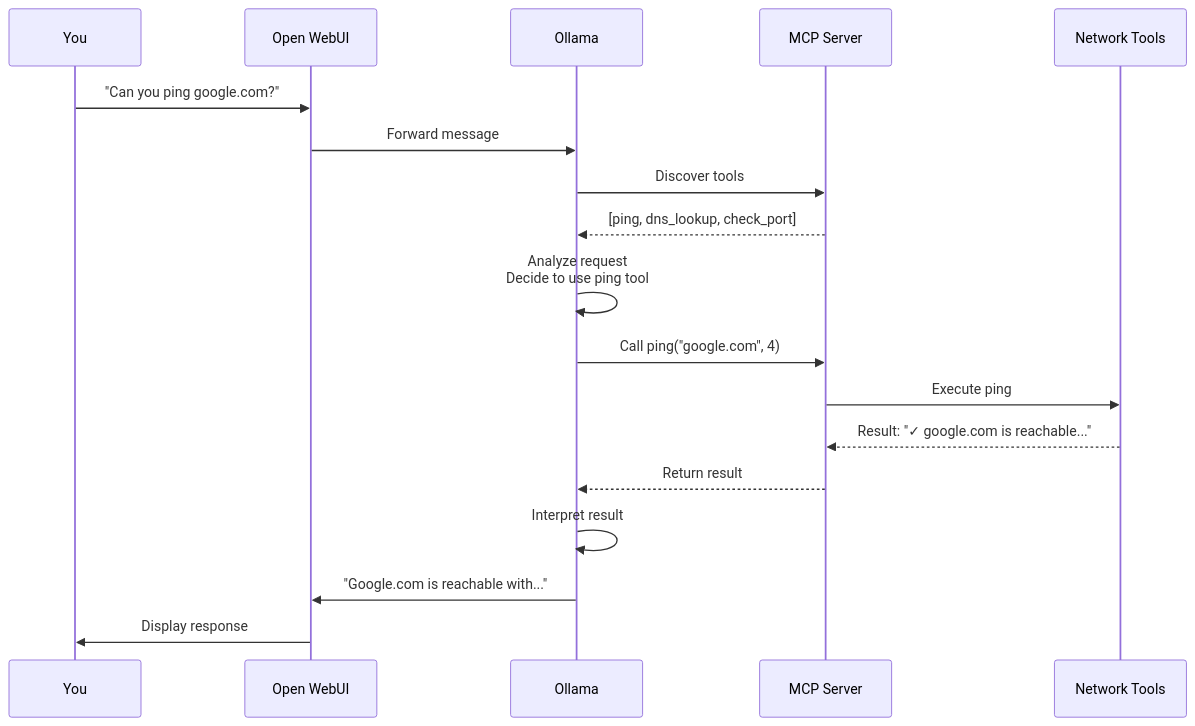
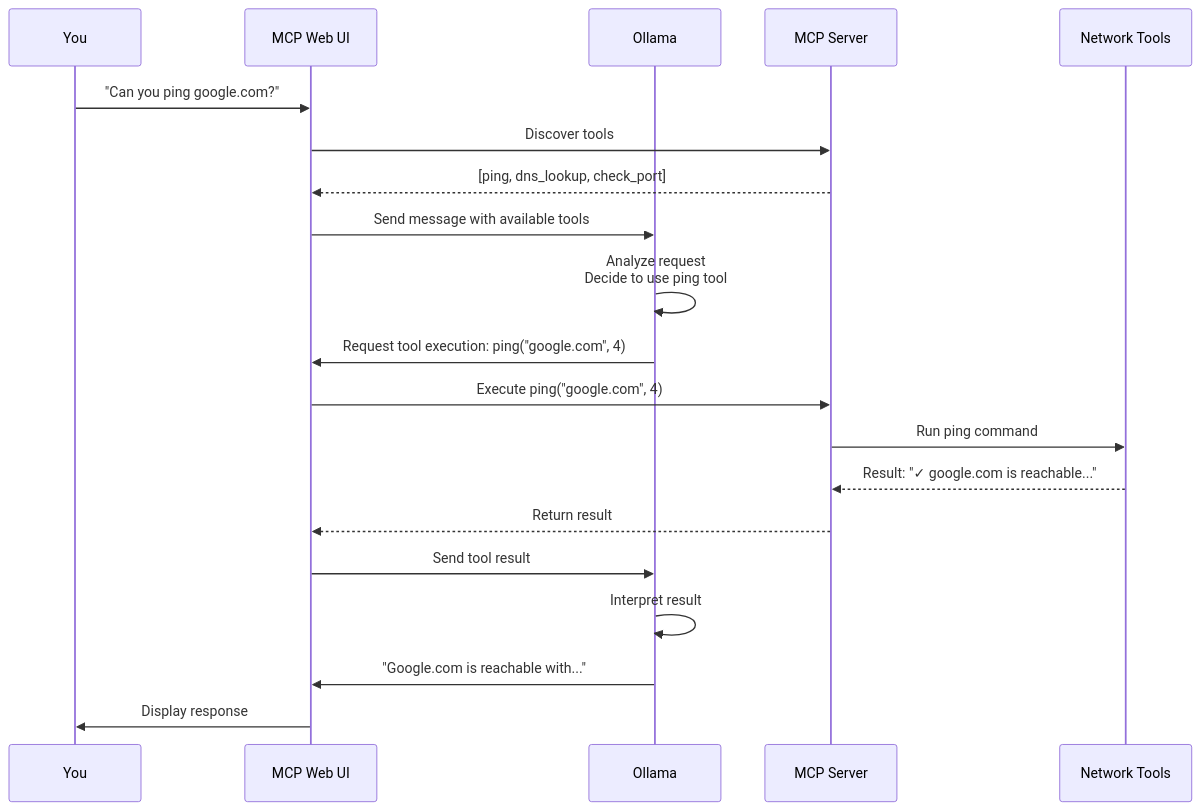
The fifth of 5 diagrams in mcp/README.md (seanerama/learning-labs), drawn with Mermaid before and after one commit. The commit also changed other lines of this file, not shown here.

First line of the commit message:
Replace Open WebUI with MCP Web UI for native MCP support

````diff
--- a/mcp/README.md
+++ b/mcp/README.md
@@ -793,21 +817,23 @@
 ```mermaid
 sequenceDiagram
     participant You
-    participant WebUI as Open WebUI
+    participant WebUI as MCP Web UI
     participant Ollama
     participant MCP as MCP Server
     participant Tools as Network Tools
 
     You->>WebUI: "Can you ping google.com?"
-    WebUI->>Ollama: Forward message
-    Ollama->>MCP: Discover tools
-    MCP-->>Ollama: [ping, dns_lookup, check_port]
+    WebUI->>MCP: Discover tools
+    MCP-->>WebUI: [ping, dns_lookup, check_port]
+    WebUI->>Ollama: Send message with available tools
     Ollama->>Ollama: Analyze request<br/>Decide to use ping tool
-    Ollama->>MCP: Call ping("google.com", 4)
-    MCP->>Tools: Execute ping
+    Ollama->>WebUI: Request tool execution: ping("google.com", 4)
+    WebUI->>MCP: Execute ping("google.com", 4)
+    MCP->>Tools: Run ping command
     Tools-->>MCP: Result: "✓ google.com is reachable..."
-    MCP-->>Ollama: Return result
+    MCP-->>WebUI: Return result
+    WebUI->>Ollama: Send tool result
     Ollama->>Ollama: Interpret result
     Ollama->>WebUI: "Google.com is reachable with..."
     WebUI->>You: Display response
 ```
````
